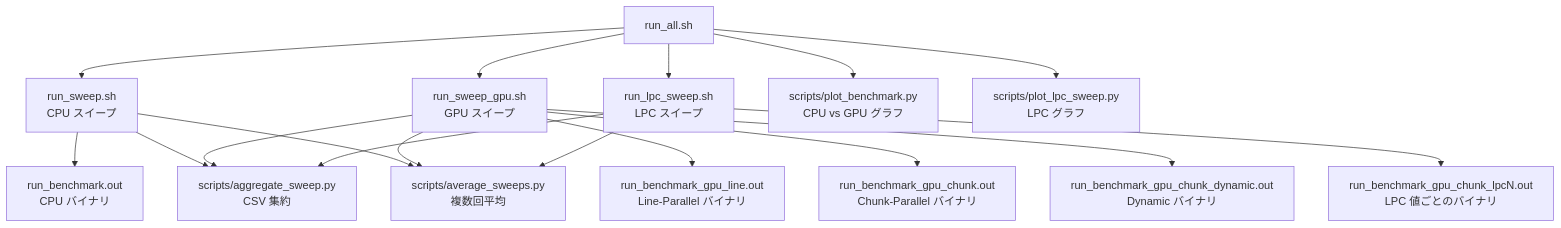
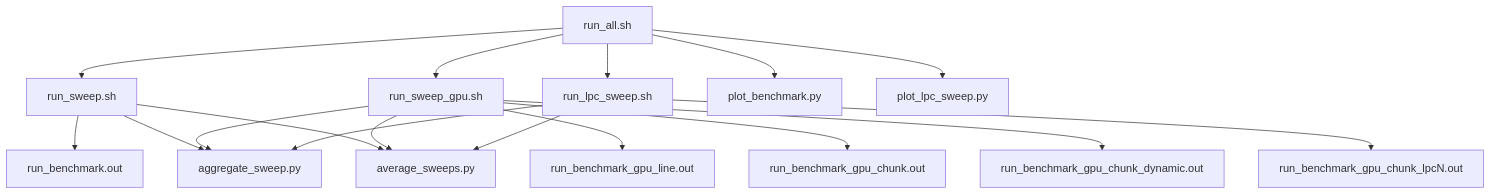
One commit to NamelessOgya/regular-expression-using-kagayaki changed the diagram in docs/run_all.md. Above: the diagram before and after it, drawn with Mermaid. The commit also changed other lines of this file and 1 other file, not shown here.

Commit message:
docs: run_all.sh フロー図を PNG に差し替え・Mermaid 構文修正
- 実行フロー図: Mermaid (\n / --cpu-only / <timestamp> で構文エラー)
  を PNG 画像 (run_all_flow.png, 208KB) に差し替え
- 内部スクリプト呼び出し図: \n をノードラベルから除去し構文を修正

````diff
--- a/docs/run_all.md
+++ b/docs/run_all.md
@@ -151,22 +131,22 @@
 ```mermaid
 graph TD
-    A[run_all.sh] --> B[run_sweep.sh\nCPU スイープ]
-    A --> C[run_sweep_gpu.sh\nGPU スイープ]
-    A --> D[run_lpc_sweep.sh\nLPC スイープ]
-    A --> E[scripts/plot_benchmark.py\nCPU vs GPU グラフ]
-    A --> F[scripts/plot_lpc_sweep.py\nLPC グラフ]
+    A[run_all.sh] --> B[run_sweep.sh]
+    A --> C[run_sweep_gpu.sh]
+    A --> D[run_lpc_sweep.sh]
+    A --> E[plot_benchmark.py]
+    A --> F[plot_lpc_sweep.py]
 
-    B --> G[run_benchmark.out\nCPU バイナリ]
-    B --> H[scripts/aggregate_sweep.py\nCSV 集約]
-    B --> I[scripts/average_sweeps.py\n複数回平均]
+    B --> G[run_benchmark.out]
+    B --> H[aggregate_sweep.py]
+    B --> I[average_sweeps.py]
 
-    C --> J[run_benchmark_gpu_line.out\nLine-Parallel バイナリ]
-    C --> K[run_benchmark_gpu_chunk.out\nChunk-Parallel バイナリ]
-    C --> L[run_benchmark_gpu_chunk_dynamic.out\nDynamic バイナリ]
+    C --> J[run_benchmark_gpu_line.out]
+    C --> K[run_benchmark_gpu_chunk.out]
+    C --> L[run_benchmark_gpu_chunk_dynamic.out]
     C --> H
     C --> I
 
-    D --> M[run_benchmark_gpu_chunk_lpcN.out\nLPC 値ごとのバイナリ]
+    D --> M["run_benchmark_gpu_chunk_lpcN.out"]
     D --> H
     D --> I
 ```
````
